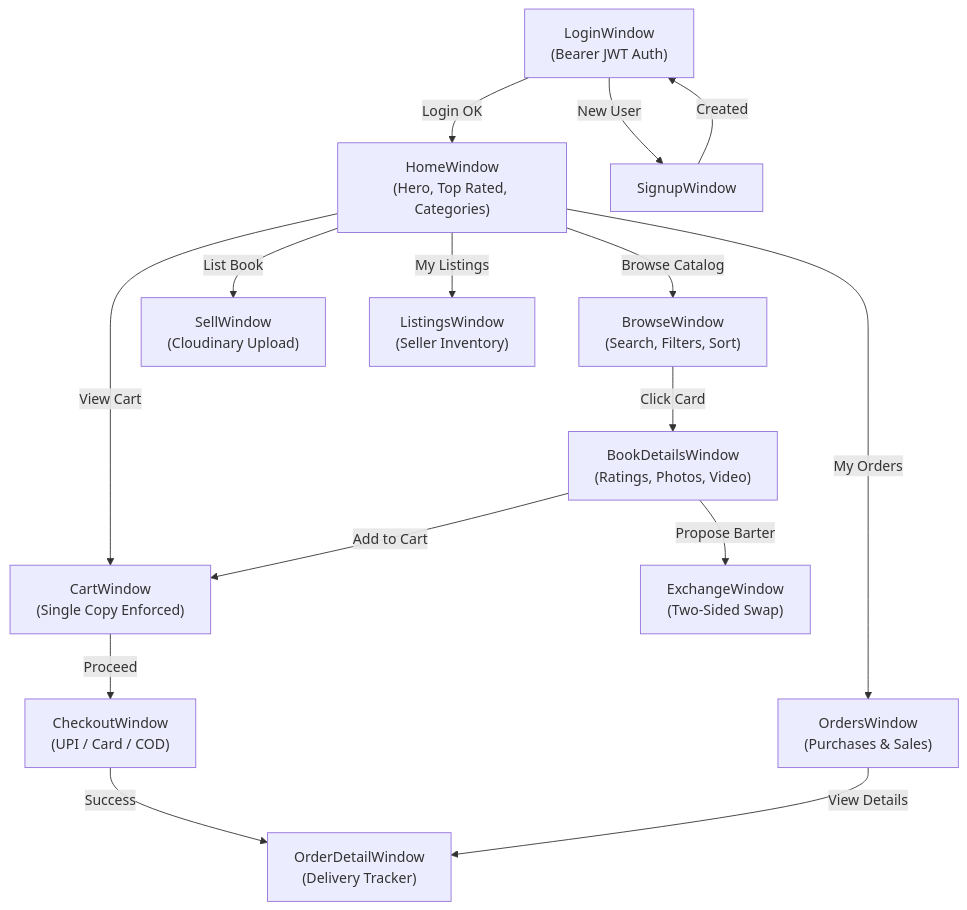
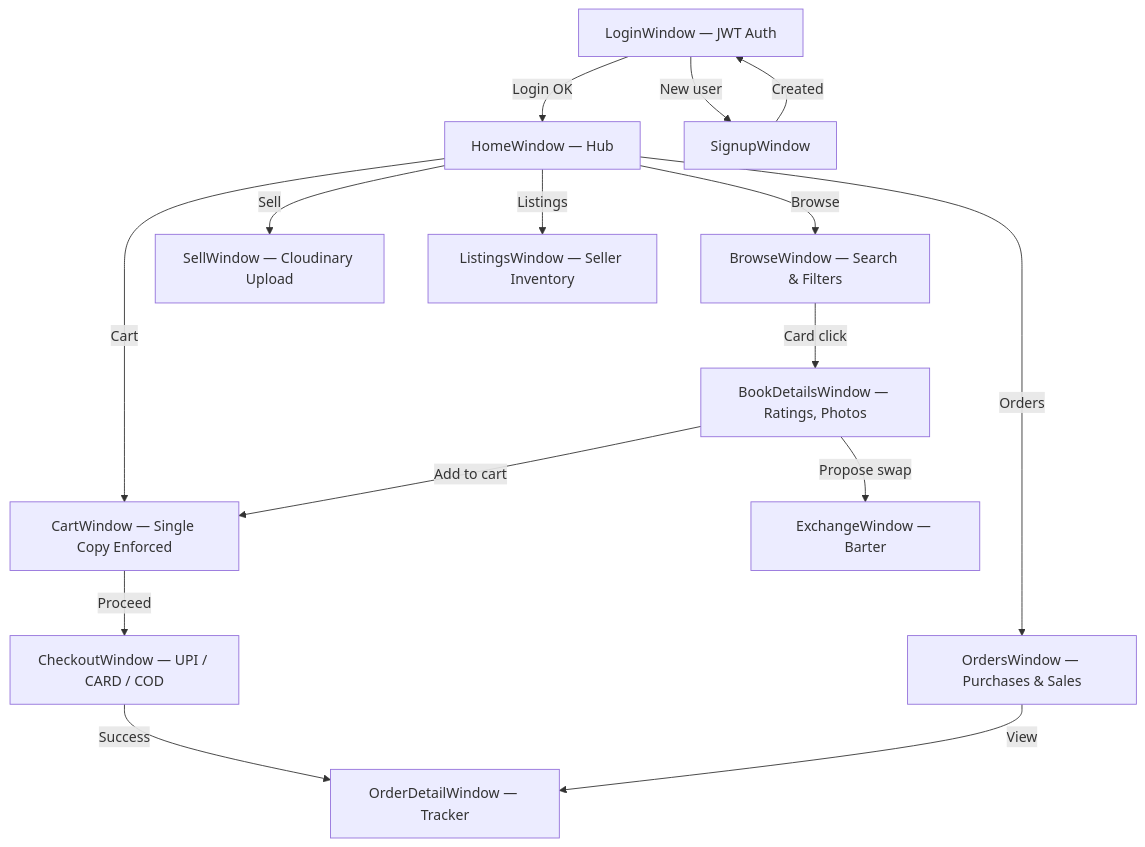
The third of 3 diagrams in frontend/README.md (nikshitpokhariya/book_store), drawn with Mermaid before and after one commit. The commit also changed other lines of this file and 80 other files, not shown here.

````diff
--- a/frontend/README.md
+++ b/frontend/README.md
@@ -96,20 +162,20 @@
 ```mermaid
 graph TD
-    LOGIN["LoginWindow\n(Bearer JWT Auth)"] -->|Login OK| HOME["HomeWindow\n(Hero, Top Rated, Categories)"]
-    LOGIN -->|New User| SIGNUP["SignupWindow"]
+    LOGIN["LoginWindow — JWT Auth"] -->|Login OK| HOME["HomeWindow — Hub"]
+    LOGIN -->|New user| SIGNUP["SignupWindow"]
     SIGNUP -->|Created| LOGIN
 
-    HOME -->|Browse Catalog| BROWSE["BrowseWindow\n(Search, Filters, Sort)"]
-    HOME -->|List Book| SELL["SellWindow\n(Cloudinary Upload)"]
-    HOME -->|View Cart| CART["CartWindow\n(Single Copy Enforced)"]
-    HOME -->|My Orders| ORDERS["OrdersWindow\n(Purchases & Sales)"]
-    HOME -->|My Listings| LISTINGS["ListingsWindow\n(Seller Inventory)"]
+    HOME -->|Browse| BROWSE["BrowseWindow — Search & Filters"]
+    HOME -->|Sell| SELL["SellWindow — Cloudinary Upload"]
+    HOME -->|Cart| CART["CartWindow — Single Copy Enforced"]
+    HOME -->|Orders| ORDERS["OrdersWindow — Purchases & Sales"]
+    HOME -->|Listings| LISTINGS["ListingsWindow — Seller Inventory"]
 
-    BROWSE -->|Click Card| DETAILS["BookDetailsWindow\n(Ratings, Photos, Video)"]
-    DETAILS -->|Add to Cart| CART
-    DETAILS -->|Propose Barter| EXCHANGE["ExchangeWindow\n(Two-Sided Swap)"]
+    BROWSE -->|Card click| DETAILS["BookDetailsWindow — Ratings, Photos"]
+    DETAILS -->|Add to cart| CART
+    DETAILS -->|Propose swap| EXCHANGE["ExchangeWindow — Barter"]
 
-    CART -->|Proceed| CHECKOUT["CheckoutWindow\n(UPI / Card / COD)"]
-    CHECKOUT -->|Success| ORDER_DETAIL["OrderDetailWindow\n(Delivery Tracker)"]
-    ORDERS -->|View Details| ORDER_DETAIL
+    CART -->|Proceed| CHECKOUT["CheckoutWindow — UPI / CARD / COD"]
+    CHECKOUT -->|Success| ORDER_DETAIL["OrderDetailWindow — Tracker"]
+    ORDERS -->|View| ORDER_DETAIL
 ```
````
